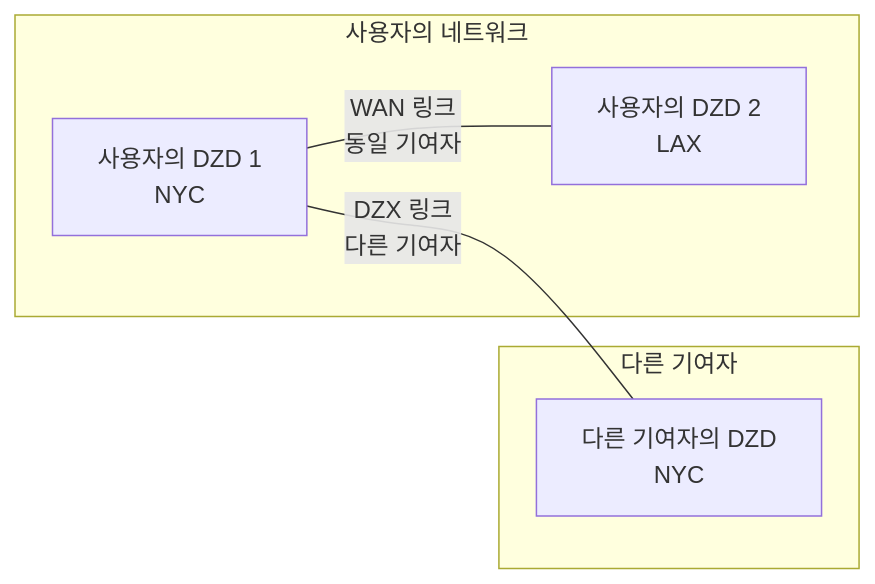
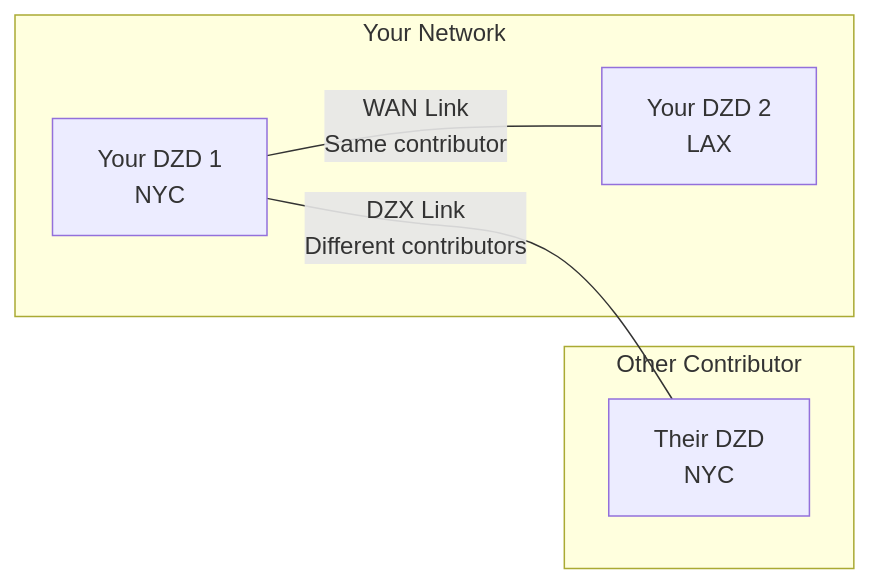
Before and after one commit to malbeclabs/docs: diagram 11 of 13 in docs/contribute-provisioning.ko.md, drawn with Mermaid. The commit also changed other lines of this file and 130 other files, not shown here.

````diff
--- a/docs/contribute-provisioning.ko.md
+++ b/docs/contribute-provisioning.ko.md
@@ -647,14 +647,14 @@
 ```mermaid
 flowchart LR
-    subgraph "사용자의 네트워크"
-        D1[사용자의 DZD 1<br/>NYC]
-        D2[사용자의 DZD 2<br/>LAX]
+    subgraph "Your Network"
+        D1[Your DZD 1<br/>NYC]
+        D2[Your DZD 2<br/>LAX]
     end
 
-    subgraph "다른 기여자"
-        O1[다른 기여자의 DZD<br/>NYC]
+    subgraph "Other Contributor"
+        O1[Their DZD<br/>NYC]
     end
 
-    D1 ---|WAN 링크<br/>동일 기여자| D2
-    D1 ---|DZX 링크<br/>다른 기여자| O1
+    D1 ---|WAN Link<br/>Same contributor| D2
+    D1 ---|DZX Link<br/>Different contributors| O1
 ```
````
